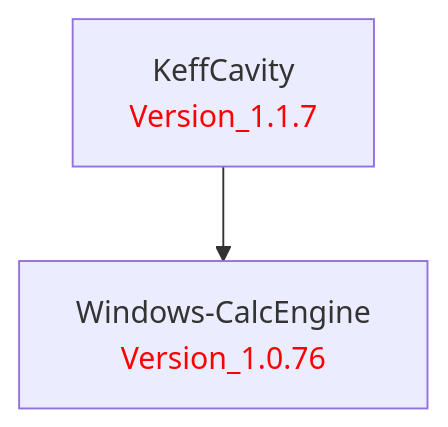
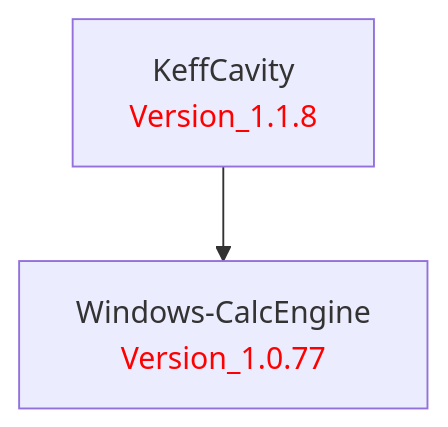
The diagram in doc/KeffCavity.md (LBNL-ETA/KeffCavity), drawn with Mermaid before and after one commit. The commit also changed 1 other file, not shown here.

Commit message:
Bump to Version_1.1.8; Windows-CalcEngine Version_1.0.76 -> Version_1.0.77; refresh dep chart

````diff
--- a/doc/KeffCavity.md
+++ b/doc/KeffCavity.md
@@ -1,9 +1,9 @@
 ```mermaid
 graph TD
     %% Package definitions
-    KeffCavity[KeffCavity<br/><font color='red'>Version_1.1.7</font>]
-    WindowsCalcEngine[Windows-CalcEngine<br/><font color='red'>Version_1.0.76</font>]
+    KeffCavity[KeffCavity<br/><font color='red'>Version_1.1.8</font>]
+    WindowsCalcEngine[Windows-CalcEngine<br/><font color='red'>Version_1.0.77</font>]
 
     %% Package relations
     KeffCavity --> WindowsCalcEngine
 ```
````
